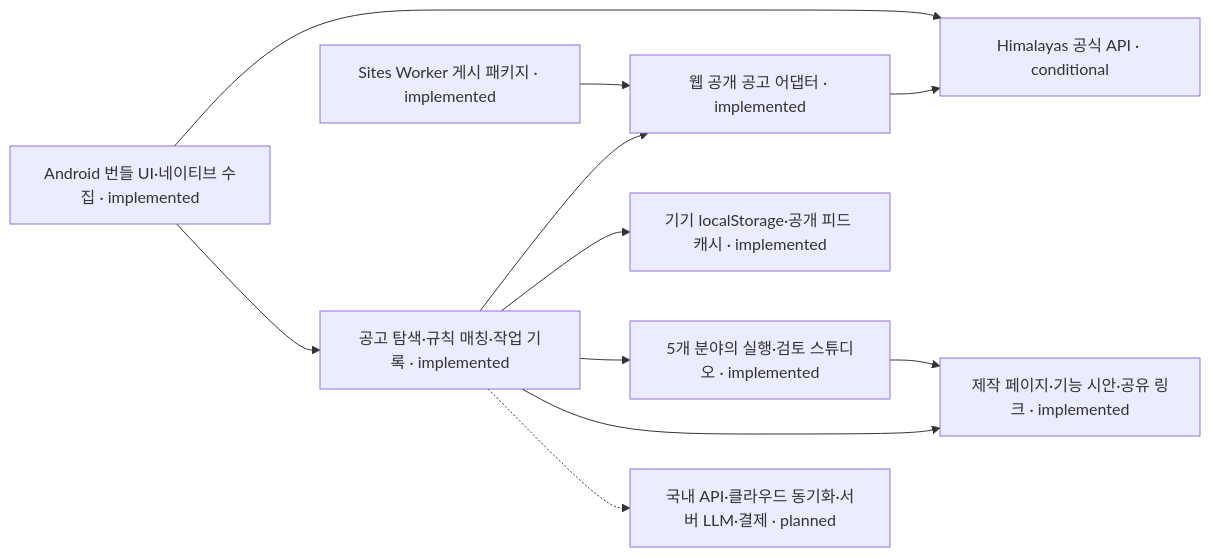
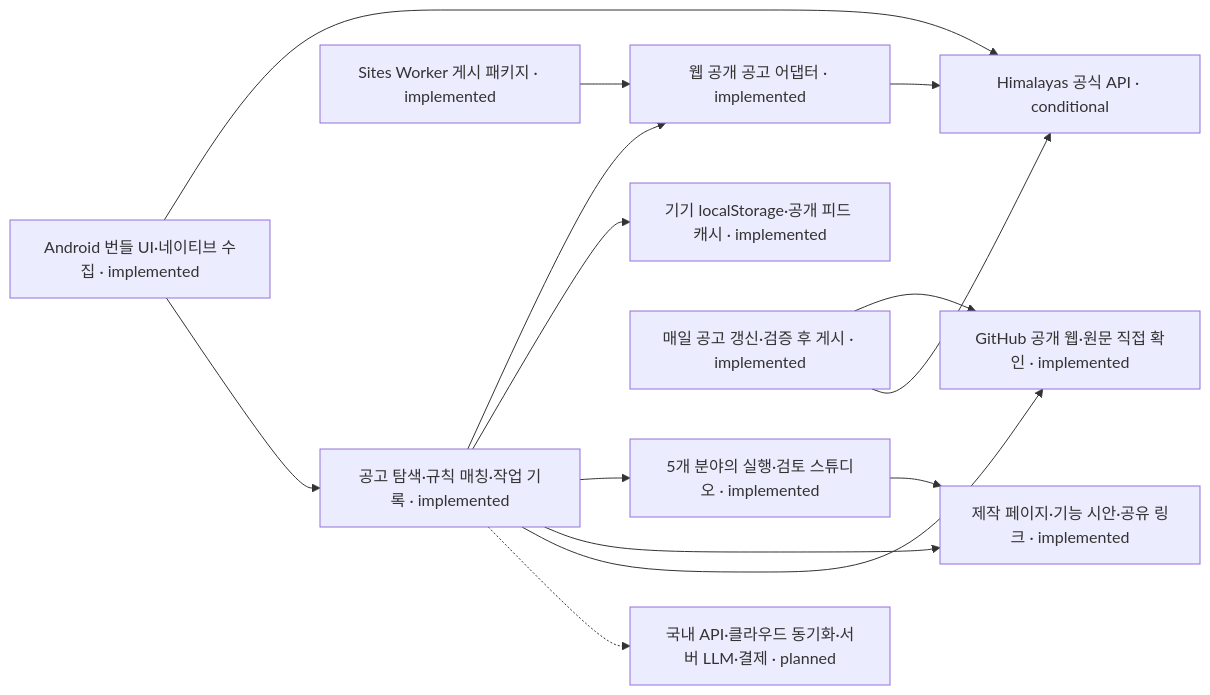
The diagram in docs/codevisualization/architecture.mmd (Lui02372/aiworkjob), drawn with Mermaid before and after one commit. The commit also changed 30 other files, not shown here.

```diff
--- a/docs/codevisualization/architecture.mmd
+++ b/docs/codevisualization/architecture.mmd
@@ -1,20 +1,25 @@
 flowchart LR
  a0["공고 탐색·규칙 매칭·작업 기록 · implemented"]
  a1["웹 공개 공고 어댑터 · implemented"]
  a2["Himalayas 공식 API · conditional"]
  a3["Android 번들 UI·네이티브 수집 · implemented"]
  a4["기기 localStorage·공개 피드 캐시 · implemented"]
  a5["5개 분야의 실행·검토 스튜디오 · implemented"]
  a6["제작 페이지·기능 시안·공유 링크 · implemented"]
  a7["Sites Worker 게시 패키지 · implemented"]
- a8["국내 API·클라우드 동기화·서버 LLM·결제 · planned"]
+ a8["GitHub 공개 웹·원문 직접 확인 · implemented"]
+ a9["매일 공고 갱신·검증 후 게시 · implemented"]
+ a10["국내 API·클라우드 동기화·서버 LLM·결제 · planned"]
  a0 --> a1
  a1 --> a2
  a3 --> a2
  a3 --> a0
  a0 --> a4
  a0 --> a5
  a5 --> a6
  a0 --> a6
  a7 --> a1
- a0 -.-> a8
+ a0 --> a8
+ a9 --> a8
+ a9 --> a2
+ a0 -.-> a10
```
